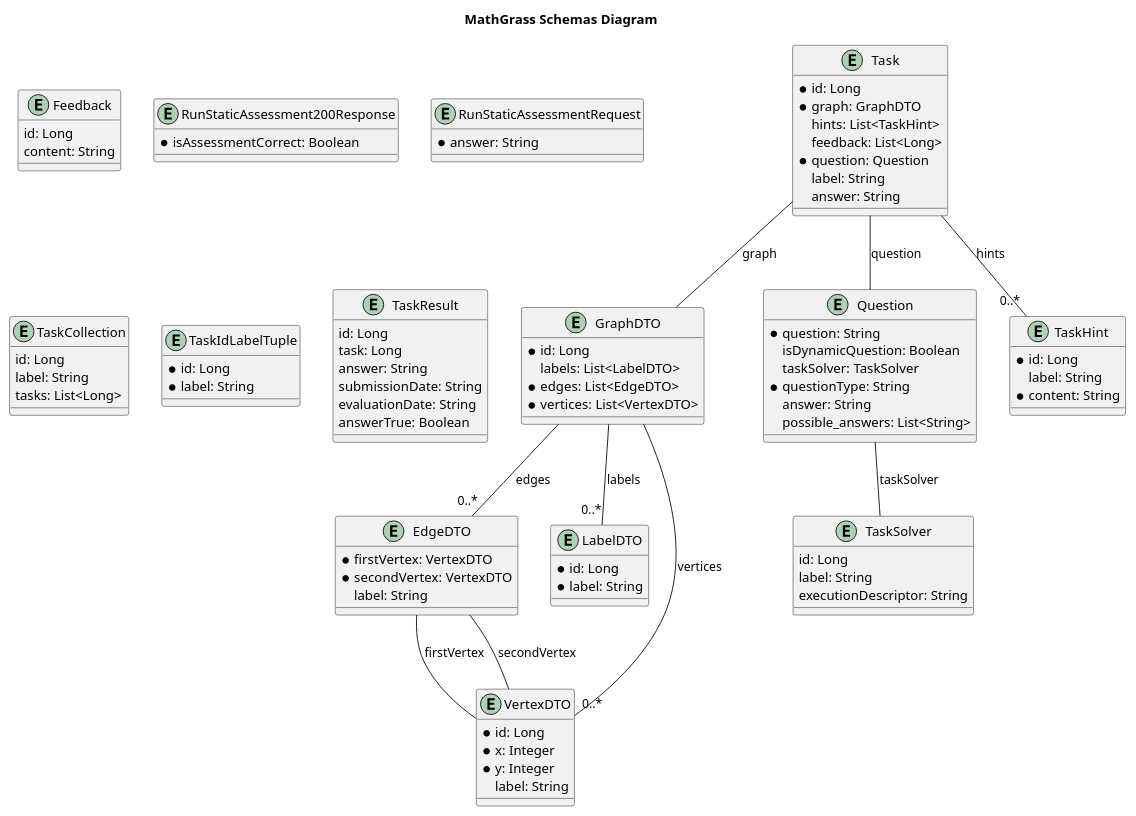
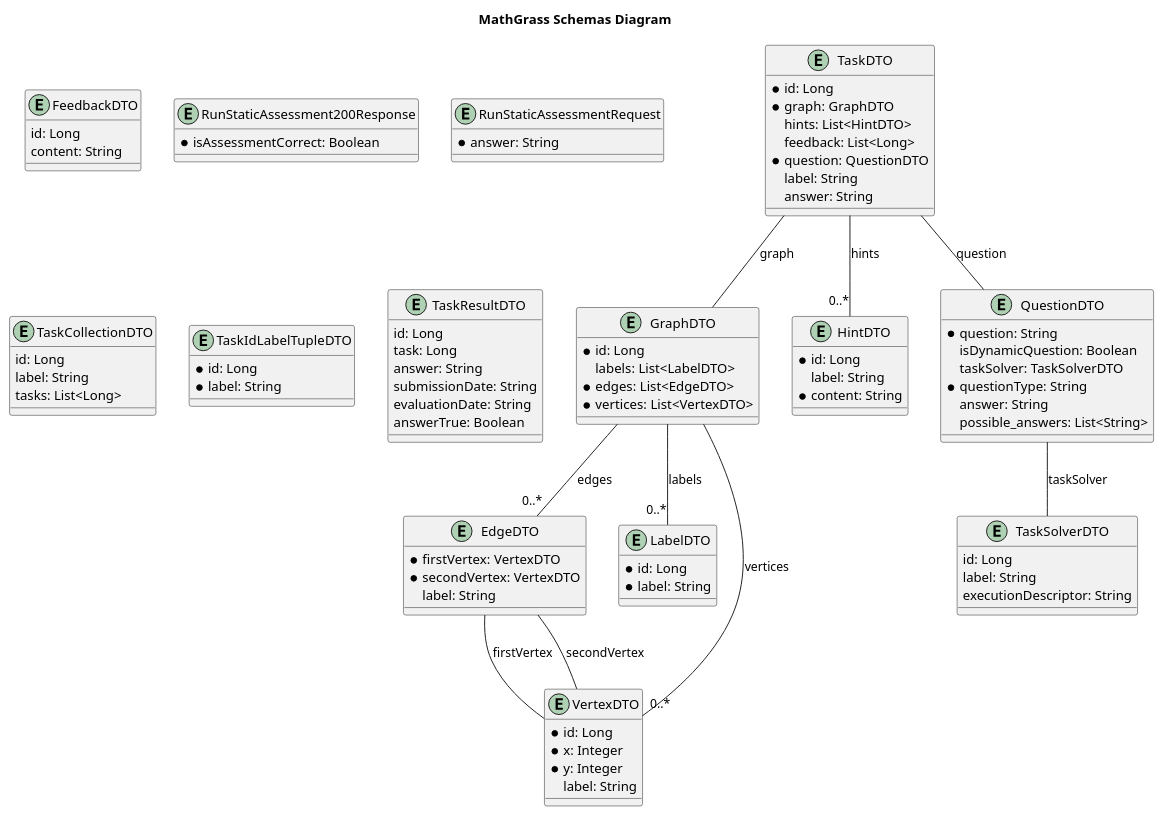
The diagram in openapi-spec/schemas.plantuml (MathGrass/mathgrass-api), drawn with PlantUML before and after one commit. The commit also changed 14 other files, not shown here.

```diff
--- a/openapi-spec/schemas.plantuml
+++ b/openapi-spec/schemas.plantuml
@@ -1,105 +1,105 @@
 @startuml
 
 title MathGrass Schemas Diagram
 
 entity EdgeDTO {
     * firstVertex: VertexDTO
     * secondVertex: VertexDTO
     label: String
 }
 
-entity Feedback {
+entity FeedbackDTO {
     id: Long
     content: String
 }
 
 entity GraphDTO {
     * id: Long
     labels: List<LabelDTO>
     * edges: List<EdgeDTO>
     * vertices: List<VertexDTO>
 }
 
+entity HintDTO {
+    * id: Long
+    label: String
+    * content: String
+}
+
 entity LabelDTO {
     * id: Long
     * label: String
 }
 
-entity Question {
+entity QuestionDTO {
     * question: String
     isDynamicQuestion: Boolean
-    taskSolver: TaskSolver
+    taskSolver: TaskSolverDTO
     * questionType: String
     answer: String
     possible_answers: List<String>
 }
 
 entity RunStaticAssessment200Response {
     * isAssessmentCorrect: Boolean
 }
 
 entity RunStaticAssessmentRequest {
     * answer: String
 }
 
-entity Task {
-    * id: Long
-    * graph: GraphDTO
-    hints: List<TaskHint>
-    feedback: List<Long>
-    * question: Question
-    label: String
-    answer: String
-}
-
-entity TaskCollection {
+entity TaskCollectionDTO {
     id: Long
     label: String
     tasks: List<Long>
 }
 
-entity TaskHint {
+entity TaskDTO {
     * id: Long
+    * graph: GraphDTO
+    hints: List<HintDTO>
+    feedback: List<Long>
+    * question: QuestionDTO
     label: String
-    * content: String
+    answer: String
 }
 
-entity TaskIdLabelTuple {
+entity TaskIdLabelTupleDTO {
     * id: Long
     * label: String
 }
 
-entity TaskResult {
+entity TaskResultDTO {
     id: Long
     task: Long
     answer: String
     submissionDate: String
     evaluationDate: String
     answerTrue: Boolean
 }
 
-entity TaskSolver {
+entity TaskSolverDTO {
     id: Long
     label: String
     executionDescriptor: String
 }
 
 entity VertexDTO {
     * id: Long
     * x: Integer
     * y: Integer
     label: String
 }
 
 
-Task -- GraphDTO : graph
-Task -- "0..*" TaskHint : hints
-Task -- Question : question
 GraphDTO -- "0..*" LabelDTO : labels
 GraphDTO -- "0..*" EdgeDTO : edges
 GraphDTO -- "0..*" VertexDTO : vertices
+TaskDTO -- GraphDTO : graph
+TaskDTO -- "0..*" HintDTO : hints
+TaskDTO -- QuestionDTO : question
 EdgeDTO -- VertexDTO : firstVertex
 EdgeDTO -- VertexDTO : secondVertex
-Question -- TaskSolver : taskSolver
+QuestionDTO -- TaskSolverDTO : taskSolver
 
 @enduml
```
